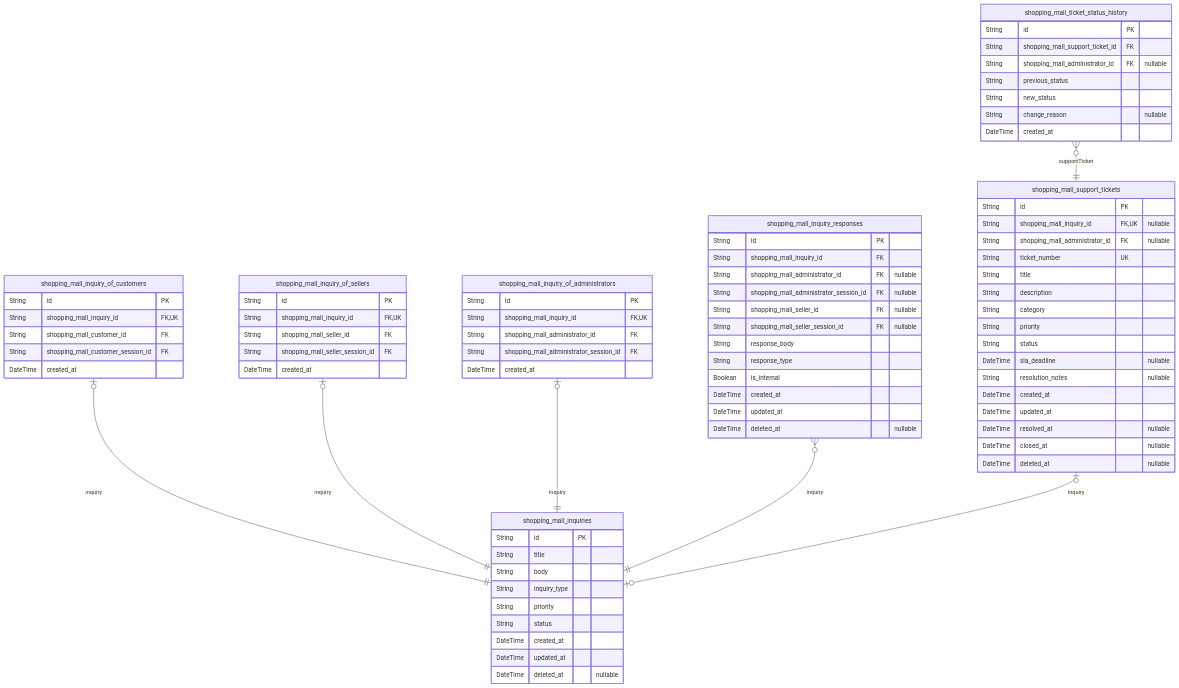
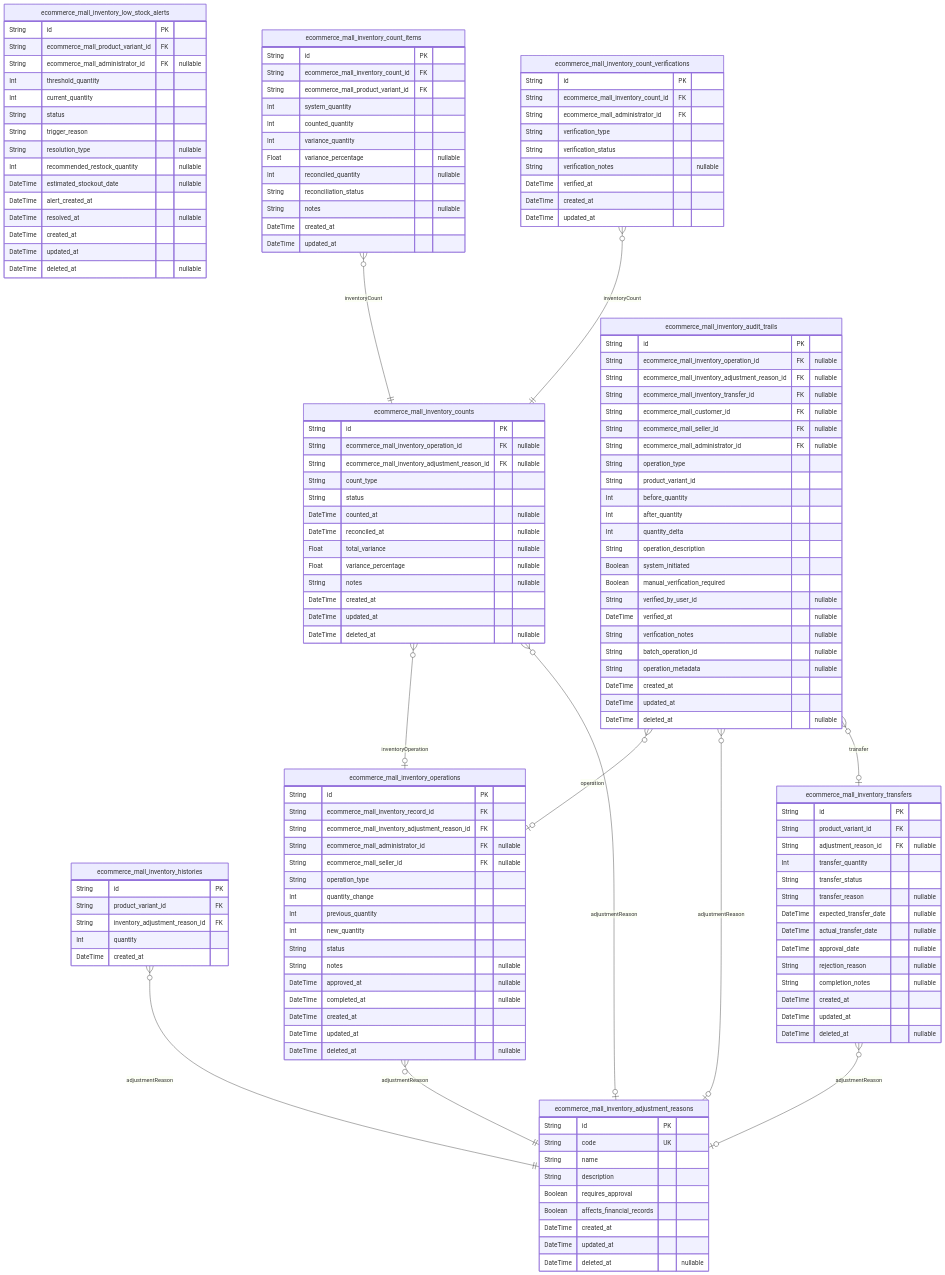
One commit to wrtnlabs/autobe-examples changed the ninth of 10 diagrams in deepseek/deepseek-v3.1-terminus-exacto/shopping/docs/ERD.md. Above: the diagram before and after it, drawn with Mermaid. The commit also changed other lines of this file and 9391 other files, not shown here.

````diff
--- a/deepseek/deepseek-v3.1-terminus-exacto/shopping/docs/ERD.md
+++ b/deepseek/deepseek-v3.1-terminus-exacto/shopping/docs/ERD.md
@@ -1839,82 +4444,147 @@
 ```mermaid
 erDiagram
-"shopping_mall_inquiries" {
+"ecommerce_mall_inventory_histories" {
   String id PK
-  String title
-  String body
-  String inquiry_type
-  String priority
+  String product_variant_id FK
+  String inventory_adjustment_reason_id FK
+  Int quantity
+  DateTime created_at
+}
+"ecommerce_mall_inventory_operations" {
+  String id PK
+  String ecommerce_mall_inventory_record_id FK
+  String ecommerce_mall_inventory_adjustment_reason_id FK
+  String ecommerce_mall_administrator_id FK "nullable"
+  String ecommerce_mall_seller_id FK "nullable"
+  String operation_type
+  Int quantity_change
+  Int previous_quantity
+  Int new_quantity
   String status
+  String notes "nullable"
+  DateTime approved_at "nullable"
+  DateTime completed_at "nullable"
   DateTime created_at
   DateTime updated_at
   DateTime deleted_at "nullable"
 }
-"shopping_mall_inquiry_of_customers" {
+"ecommerce_mall_inventory_low_stock_alerts" {
   String id PK
-  String shopping_mall_inquiry_id FK,UK
-  String shopping_mall_customer_id FK
-  String shopping_mall_customer_session_id FK
-  DateTime created_at
-}
-"shopping_mall_inquiry_of_sellers" {
-  String id PK
-  String shopping_mall_inquiry_id FK,UK
-  String shopping_mall_seller_id FK
-  String shopping_mall_seller_session_id FK
-  DateTime created_at
-}
-"shopping_mall_inquiry_of_administrators" {
-  String id PK
-  String shopping_mall_inquiry_id FK,UK
-  String shopping_mall_administrator_id FK
-  String shopping_mall_administrator_session_id FK
-  DateTime created_at
-}
-"shopping_mall_inquiry_responses" {
-  String id PK
-  String shopping_mall_inquiry_id FK
-  String shopping_mall_administrator_id FK "nullable"
-  String shopping_mall_administrator_session_id FK "nullable"
-  String shopping_mall_seller_id FK "nullable"
-  String shopping_mall_seller_session_id FK "nullable"
-  String response_body
-  String response_type
-  Boolean is_internal
+  String ecommerce_mall_product_variant_id FK
+  String ecommerce_mall_administrator_id FK "nullable"
+  Int threshold_quantity
+  Int current_quantity
+  String status
+  String trigger_reason
+  String resolution_type "nullable"
+  Int recommended_restock_quantity "nullable"
+  DateTime estimated_stockout_date "nullable"
+  DateTime alert_created_at
+  DateTime resolved_at "nullable"
   DateTime created_at
   DateTime updated_at
   DateTime deleted_at "nullable"
 }
-"shopping_mall_support_tickets" {
+"ecommerce_mall_inventory_adjustment_reasons" {
   String id PK
-  String shopping_mall_inquiry_id FK,UK "nullable"
-  String shopping_mall_administrator_id FK "nullable"
-  String ticket_number UK
-  String title
+  String code UK
+  String name
   String description
-  String category
-  String priority
-  String status
-  DateTime sla_deadline "nullable"
-  String resolution_notes "nullable"
+  Boolean requires_approval
+  Boolean affects_financial_records
   DateTime created_at
   DateTime updated_at
-  DateTime resolved_at "nullable"
-  DateTime closed_at "nullable"
   DateTime deleted_at "nullable"
 }
-"shopping_mall_ticket_status_history" {
+"ecommerce_mall_inventory_transfers" {
   String id PK
-  String shopping_mall_support_ticket_id FK
-  String shopping_mall_administrator_id FK "nullable"
-  String previous_status
-  String new_status
-  String change_reason "nullable"
+  String product_variant_id FK
+  String adjustment_reason_id FK "nullable"
+  Int transfer_quantity
+  String transfer_status
+  String transfer_reason "nullable"
+  DateTime expected_transfer_date "nullable"
+  DateTime actual_transfer_date "nullable"
+  DateTime approval_date "nullable"
+  String rejection_reason "nullable"
+  String completion_notes "nullable"
   DateTime created_at
+  DateTime updated_at
+  DateTime deleted_at "nullable"
 }
-"shopping_mall_inquiry_of_customers" |o--|| "shopping_mall_inquiries" : inquiry
-"shopping_mall_inquiry_of_sellers" |o--|| "shopping_mall_inquiries" : inquiry
-"shopping_mall_inquiry_of_administrators" |o--|| "shopping_mall_inquiries" : inquiry
-"shopping_mall_inquiry_responses" }o--|| "shopping_mall_inquiries" : inquiry
-"shopping_mall_support_tickets" |o--o| "shopping_mall_inquiries" : inquiry
-"shopping_mall_ticket_status_history" }o--|| "shopping_mall_support_tickets" : supportTicket
+"ecommerce_mall_inventory_counts" {
+  String id PK
+  String ecommerce_mall_inventory_operation_id FK "nullable"
+  String ecommerce_mall_inventory_adjustment_reason_id FK "nullable"
+  String count_type
+  String status
+  DateTime counted_at "nullable"
+  DateTime reconciled_at "nullable"
+  Float total_variance "nullable"
+  Float variance_percentage "nullable"
+  String notes "nullable"
+  DateTime created_at
+  DateTime updated_at
+  DateTime deleted_at "nullable"
+}
+"ecommerce_mall_inventory_count_items" {
+  String id PK
+  String ecommerce_mall_inventory_count_id FK
+  String ecommerce_mall_product_variant_id FK
+  Int system_quantity
+  Int counted_quantity
+  Int variance_quantity
+  Float variance_percentage "nullable"
+  Int reconciled_quantity "nullable"
+  String reconciliation_status
+  String notes "nullable"
+  DateTime created_at
+  DateTime updated_at
+}
+"ecommerce_mall_inventory_count_verifications" {
+  String id PK
+  String ecommerce_mall_inventory_count_id FK
+  String ecommerce_mall_administrator_id FK
+  String verification_type
+  String verification_status
+  String verification_notes "nullable"
+  DateTime verified_at
+  DateTime created_at
+  DateTime updated_at
+}
+"ecommerce_mall_inventory_audit_trails" {
+  String id PK
+  String ecommerce_mall_inventory_operation_id FK "nullable"
+  String ecommerce_mall_inventory_adjustment_reason_id FK "nullable"
+  String ecommerce_mall_inventory_transfer_id FK "nullable"
+  String ecommerce_mall_customer_id FK "nullable"
+  String ecommerce_mall_seller_id FK "nullable"
+  String ecommerce_mall_administrator_id FK "nullable"
+  String operation_type
+  String product_variant_id
+  Int before_quantity
+  Int after_quantity
+  Int quantity_delta
+  String operation_description
+  Boolean system_initiated
+  Boolean manual_verification_required
+  String verified_by_user_id "nullable"
+  DateTime verified_at "nullable"
+  String verification_notes "nullable"
+  String batch_operation_id "nullable"
+  String operation_metadata "nullable"
+  DateTime created_at
+  DateTime updated_at
+  DateTime deleted_at "nullable"
+}
+"ecommerce_mall_inventory_histories" }o--|| "ecommerce_mall_inventory_adjustment_reasons" : adjustmentReason
+"ecommerce_mall_inventory_operations" }o--|| "ecommerce_mall_inventory_adjustment_reasons" : adjustmentReason
+"ecommerce_mall_inventory_transfers" }o--o| "ecommerce_mall_inventory_adjustment_reasons" : adjustmentReason
+"ecommerce_mall_inventory_counts" }o--o| "ecommerce_mall_inventory_operations" : inventoryOperation
+"ecommerce_mall_inventory_counts" }o--o| "ecommerce_mall_inventory_adjustment_reasons" : adjustmentReason
+"ecommerce_mall_inventory_count_items" }o--|| "ecommerce_mall_inventory_counts" : inventoryCount
+"ecommerce_mall_inventory_count_verifications" }o--|| "ecommerce_mall_inventory_counts" : inventoryCount
+"ecommerce_mall_inventory_audit_trails" }o--o| "ecommerce_mall_inventory_operations" : operation
+"ecommerce_mall_inventory_audit_trails" }o--o| "ecommerce_mall_inventory_adjustment_reasons" : adjustmentReason
+"ecommerce_mall_inventory_audit_trails" }o--o| "ecommerce_mall_inventory_transfers" : transfer
 ```
````
